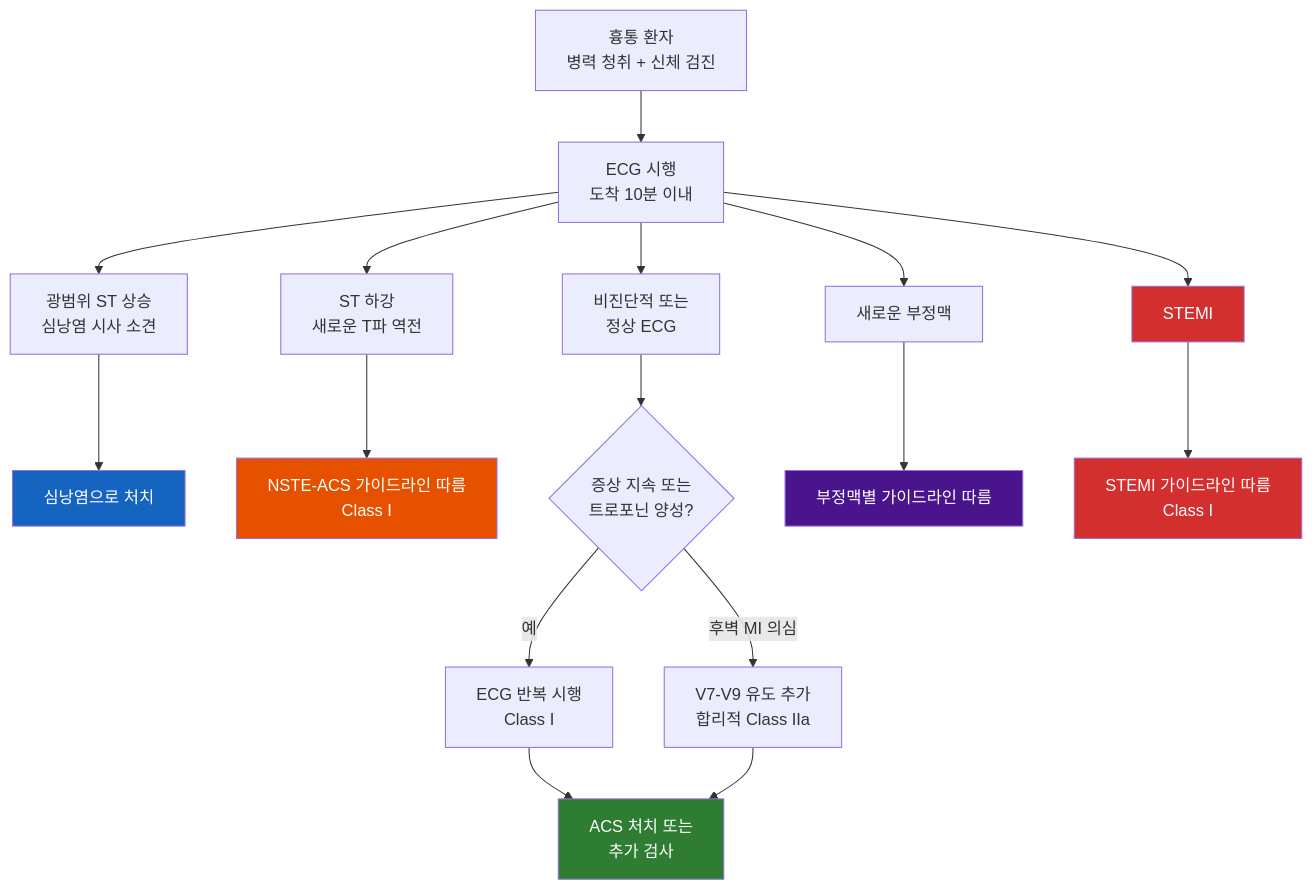
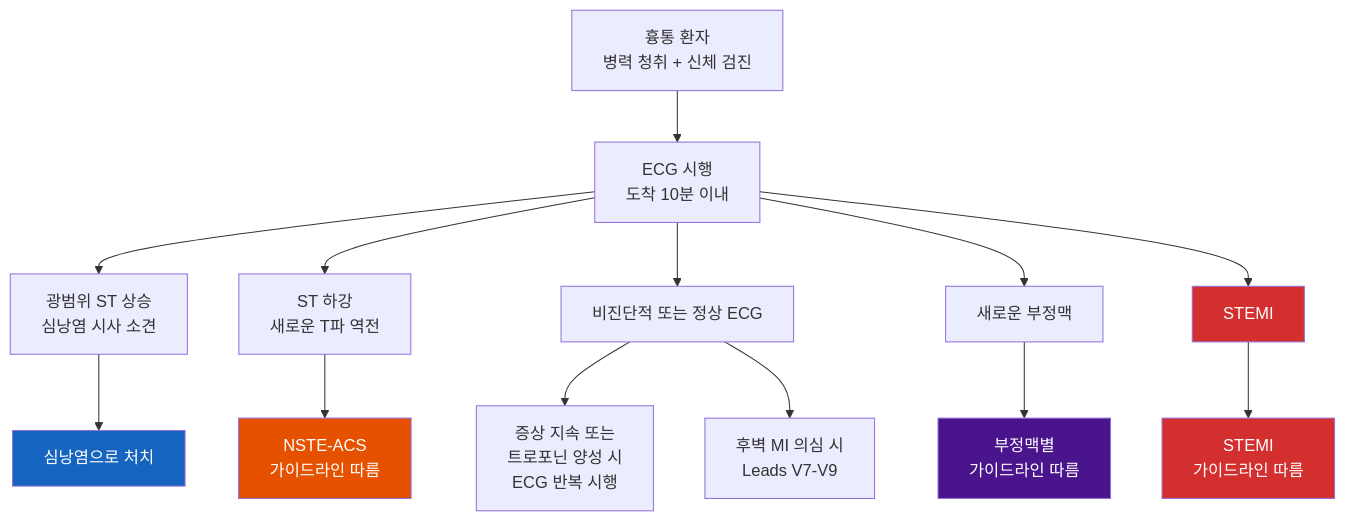
One commit to familyoh77/familyoh77 changed the diagram in 220_/002_-chest-pain.md. Above: the diagram before and after it, drawn with Mermaid. The commit also changed other lines of this file, not shown here.

````diff
--- a/220_/002_-chest-pain.md
+++ b/220_/002_-chest-pain.md
@@ -116,32 +121,38 @@
 ```mermaid
 flowchart TD
-    A[흉통 환자\n병력 청취 + 신체 검진] --> B[ECG 시행\n도착 10분 이내]
+    A[흉통 환자
+    병력 청취 + 신체 검진] --> B[ECG 시행
+    도착 10분 이내]
 
-    B --> C[광범위 ST 상승\n심낭염 시사 소견]
-    B --> D[ST 하강\n새로운 T파 역전]
-    B --> E[비진단적 또는\n정상 ECG]
+    B --> C[광범위 ST 상승
+    심낭염 시사 소견]
+    B --> D[ST 하강
+    새로운 T파 역전]
+    B --> E[비진단적 또는 정상 ECG]
     B --> F[새로운 부정맥]
 
     C --> G[심낭염으로 처치]
 
-    D --> H[NSTE-ACS 가이드라인 따름\nClass I]
+    D --> H[NSTE-ACS 
+    가이드라인 따름]
 
-    E --> I{증상 지속 또는\n트로포닌 양성?}
-    I -->|예| J[ECG 반복 시행\nClass I]
-    I -->|후벽 MI 의심| K[V7-V9 유도 추가\n합리적 Class IIa]
+    E --> I[증상 지속 또는 
+    트로포닌 양성 시 
+    ECG 반복 시행]
+    E --> K[후벽 MI 의심 시 
+    Leads V7-V9]
 
-    J --> L[ACS 처치 또는\n추가 검사]
-    K --> L
-
-    F --> M[부정맥별 가이드라인 따름]
+    F --> M[부정맥별 
+    가이드라인 따름]
 
     B --> N[STEMI]
-    N --> O[STEMI 가이드라인 따름\nClass I]
+    N --> O[STEMI 
+    가이드라인 따름]
 
     style N fill:#d32f2f,color:#fff
     style O fill:#d32f2f,color:#fff
     style H fill:#e65100,color:#fff
     style G fill:#1565c0,color:#fff
     style M fill:#4a148c,color:#fff
-    style L fill:#2e7d32,color:#fff
+
 ```
````
